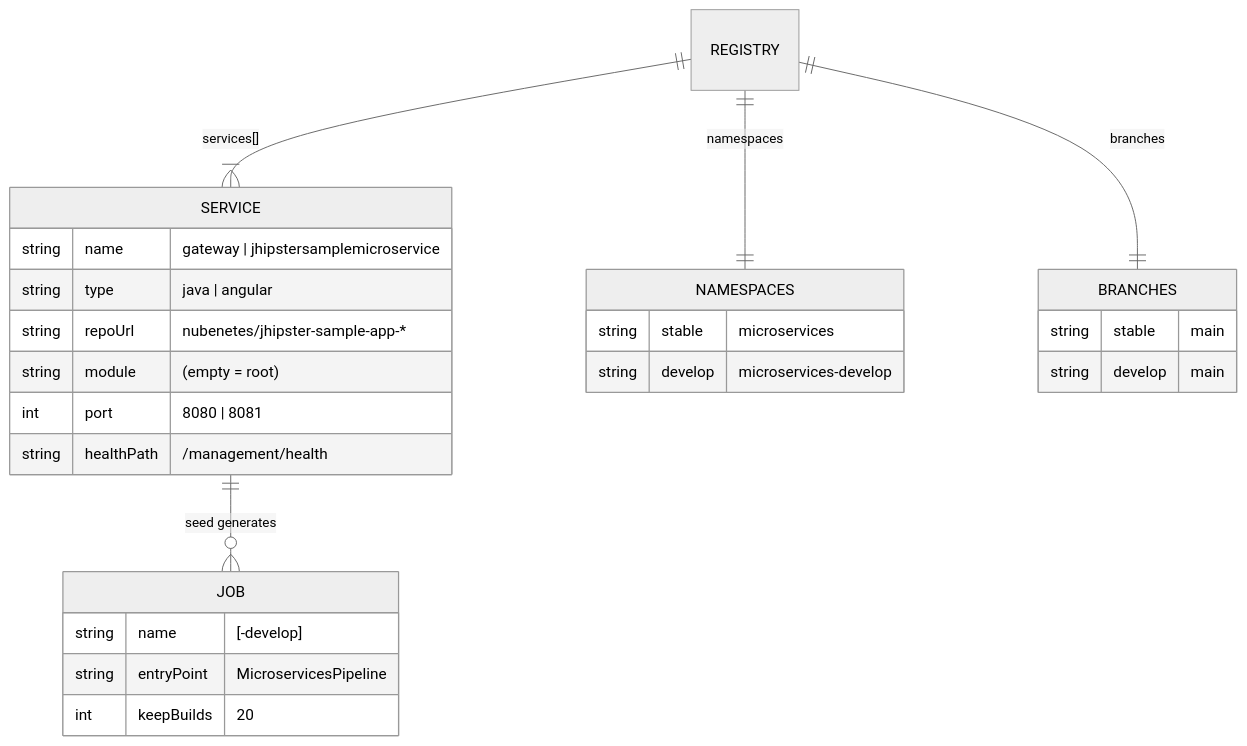
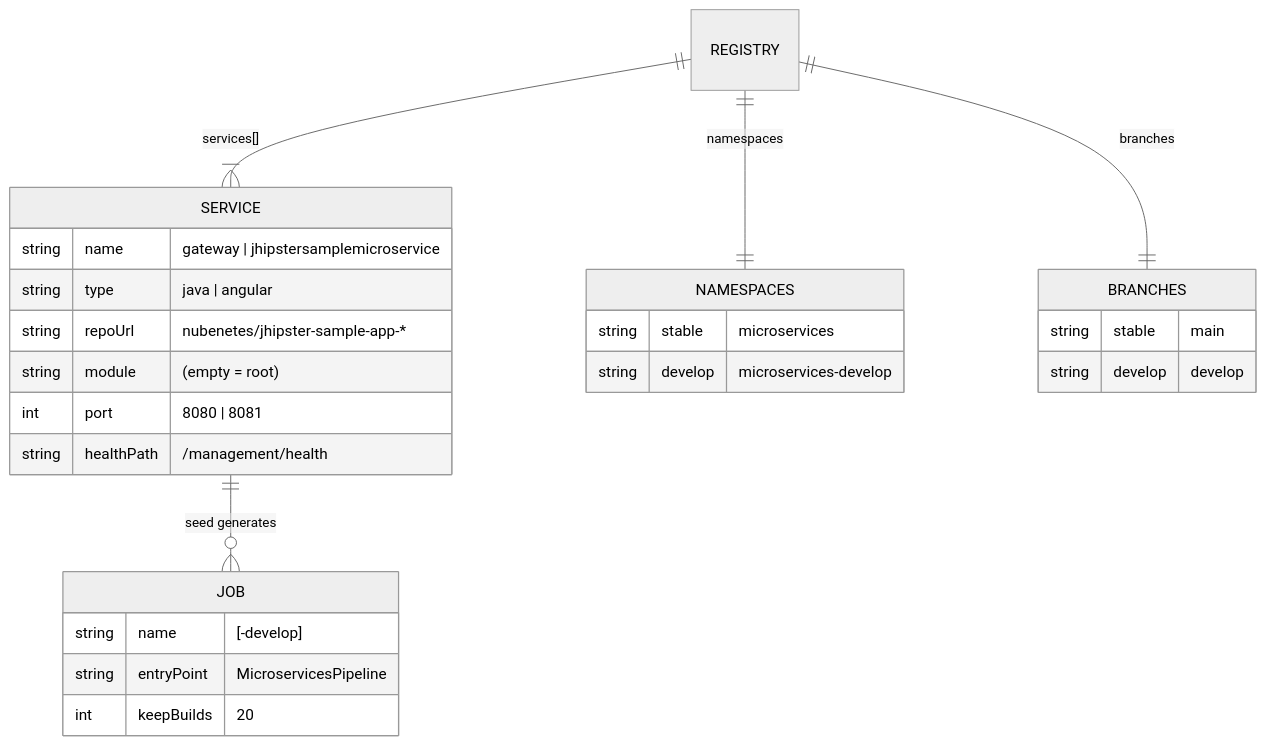
The seventh of 12 diagrams in docs/402-PIPELINES_AS_CODE.md (nubenetes/jenkins-2026), drawn with Mermaid (neutral theme) before and after one commit. The commit also changed other lines of this file and 6 other files, not shown here.

````diff
--- a/docs/402-PIPELINES_AS_CODE.md
+++ b/docs/402-PIPELINES_AS_CODE.md
@@ -318,28 +318,28 @@
 ```mermaid
 erDiagram
   REGISTRY ||--|{ SERVICE : "services[]"
   REGISTRY ||--|| NAMESPACES : "namespaces"
   REGISTRY ||--|| BRANCHES : "branches"
   SERVICE ||--o{ JOB : "seed generates"
   SERVICE {
     string name "gateway | jhipstersamplemicroservice"
     string type "java | angular"
     string repoUrl "nubenetes/jhipster-sample-app-*"
     string module "(empty = root)"
     int    port "8080 | 8081"
     string healthPath "/management/health"
   }
   NAMESPACES {
     string stable "microservices"
     string develop "microservices-develop"
   }
   BRANCHES {
     string stable "main"
-    string develop "main"
+    string develop "develop"
   }
   JOB {
     string name "<svc>[-develop]"
     string entryPoint "MicroservicesPipeline"
     int    keepBuilds "20"
   }
 ```
````
